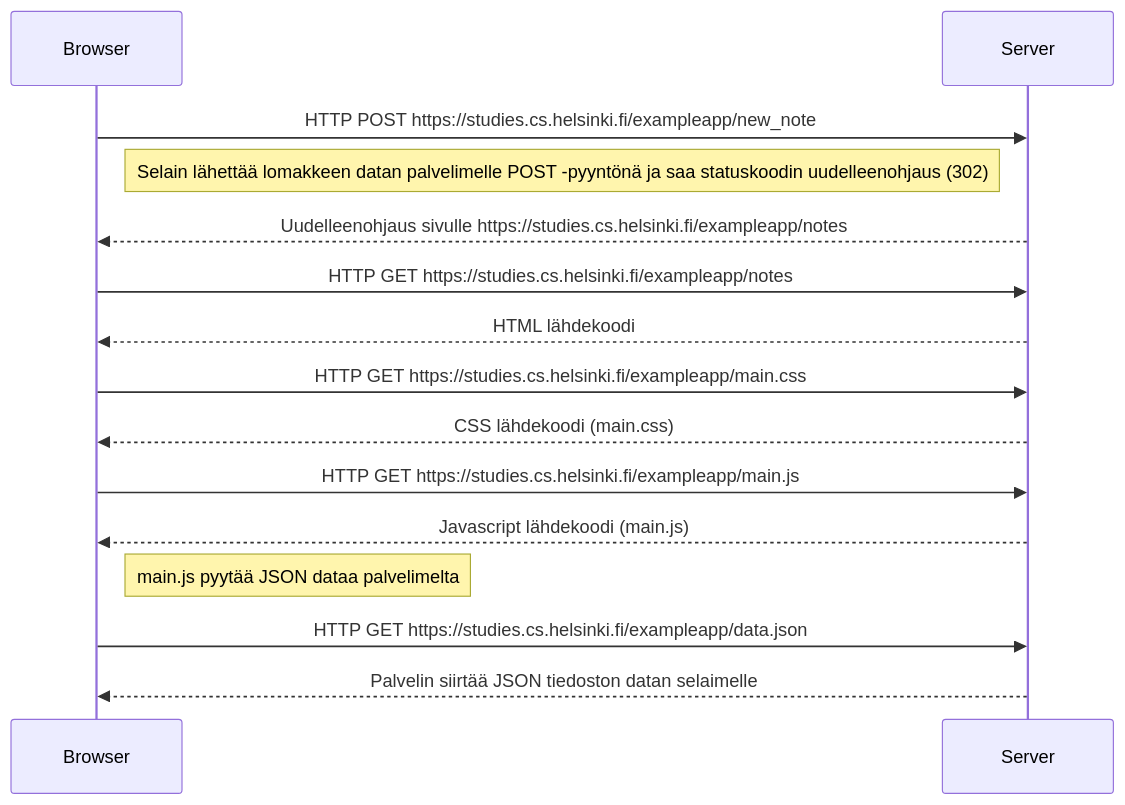
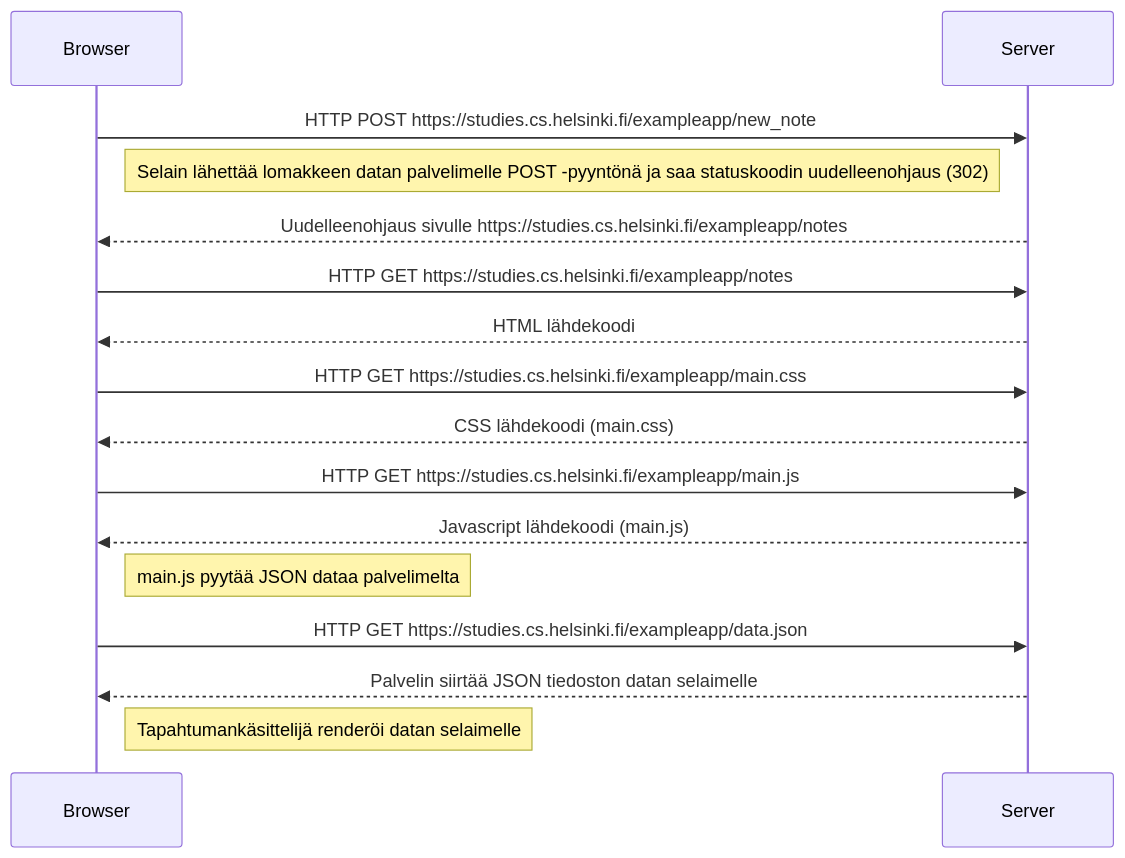
Before and after one commit to saaskilahtij/fullstackopen: the diagram in osa0/tehtava0.4.md, drawn with Mermaid.

````diff
--- a/osa0/tehtava0.4.md
+++ b/osa0/tehtava0.4.md
@@ -1,22 +1,22 @@
 ```mermaid
 
 sequenceDiagram
 
   Browser ->> Server: HTTP POST https://studies.cs.helsinki.fi/exampleapp/new_note
   Note right of Browser: Selain lähettää lomakkeen datan palvelimelle POST -pyyntönä ja saa statuskoodin uudelleenohjaus (302)
   Server -->> Browser: Uudelleenohjaus sivulle https://studies.cs.helsinki.fi/exampleapp/notes
   
   Browser ->> Server: HTTP GET https://studies.cs.helsinki.fi/exampleapp/notes
   Server -->> Browser: HTML lähdekoodi
   
   Browser ->> Server: HTTP GET https://studies.cs.helsinki.fi/exampleapp/main.css
   Server -->> Browser: CSS lähdekoodi (main.css)
   
   Browser ->> Server: HTTP GET https://studies.cs.helsinki.fi/exampleapp/main.js
   Server -->> Browser: Javascript lähdekoodi (main.js)
   Note right of Browser: main.js pyytää JSON dataa palvelimelta
   
   Browser ->> Server: HTTP GET https://studies.cs.helsinki.fi/exampleapp/data.json
   Server -->> Browser: Palvelin siirtää JSON tiedoston datan selaimelle
-
+  Note right of Browser: Tapahtumankäsittelijä renderöi datan selaimelle
 ```
````
